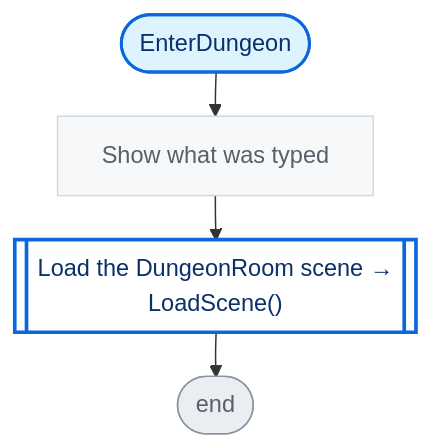
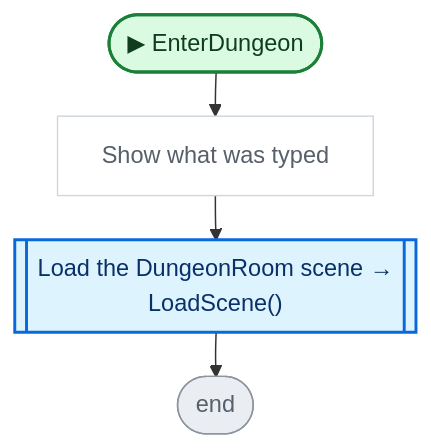
One commit to nataiai/Lord-of-the-Dungeon changed the second of 2 diagrams in CodeGraph~/graph/Title.cs.md. Above: the diagram before and after it, drawn with Mermaid. The commit also changed other lines of this file and 44 other files, not shown here.

````diff
--- a/CodeGraph~/graph/Title.cs.md
+++ b/CodeGraph~/graph/Title.cs.md
@@ -33,31 +33,35 @@
 ```mermaid
 ---
 config:
   flowchart:
     wrappingWidth: 260
     nodeSpacing: 26
     rankSpacing: 30
 ---
 flowchart TD
-  nS(["EnterDungeon"])
+  nS(["▶ EnterDungeon"])
   nc6232d["Show what was typed"]
   nc65fb0[["Load the DungeonRoom scene →<br>LoadScene()"]]
   nE(["end"])
   nS --> nc6232d
   nc6232d --> nc65fb0
   nc65fb0 --> nE
-  classDef unity fill:#fff1c2,stroke:#9a6700,stroke-width:2px,color:#3b2300
-  classDef start fill:#ddf4ff,stroke:#0969da,stroke-width:2px,color:#0a3069
-  classDef calc fill:#f6f8fa,stroke:#d0d7de,color:#57606a
-  classDef calls fill:#ffffff,stroke:#0969da,stroke-width:2.5px,color:#0a3069
-  classDef cond fill:#ffffff,stroke:#6e7781,stroke-width:1.5px,color:#1f2328
-  classDef loop fill:#fbefff,stroke:#8250df,color:#3e1f79
-  classDef exit fill:#eaeef2,stroke:#57606a,color:#24292f
-  classDef wait fill:#fff8f0,stroke:#bc4c00,color:#4d1d00
+  classDef unity fill:#dafbe1,stroke:#1a7f37,stroke-width:2px,color:#0f3d1d
+  classDef start fill:#dafbe1,stroke:#1a7f37,stroke-width:2px,color:#0f3d1d
+  classDef calc fill:#ffffff,stroke:#d0d7de,color:#57606a
+  classDef calls fill:#ddf4ff,stroke:#0969da,stroke-width:2px,color:#0a3069
+  classDef ext fill:#ddf4ff,stroke:#0969da,stroke-width:2px,stroke-dasharray:5 3,color:#0a3069
+  classDef cond fill:#fff8c5,stroke:#bf8700,stroke-width:1.5px,color:#3d2a00
+  classDef loop fill:#f6f8fa,stroke:#57606a,color:#1f2328
+  classDef exit fill:#ffebe9,stroke:#cf222e,color:#82071e
+  classDef kill fill:#ffebe9,stroke:#cf222e,stroke-width:2px,color:#82071e
+  classDef spawn fill:#dafbe1,stroke:#1a7f37,stroke-width:2px,color:#0f3d1d
+  classDef wait fill:#fff1e5,stroke:#bc4c00,color:#4d1d00
   classDef fin fill:#eaeef2,stroke:#8c959f,color:#57606a
   classDef join fill:#d0d7de,stroke:#8c959f,color:#57606a
+  classDef ghdr fill:#f5f9ff,stroke:#f5f9ff,color:#0a3069,font-weight:bold
   class nc6232d calc
   class nc65fb0 calls
   class nE fin
   class nS start
 ```
````
